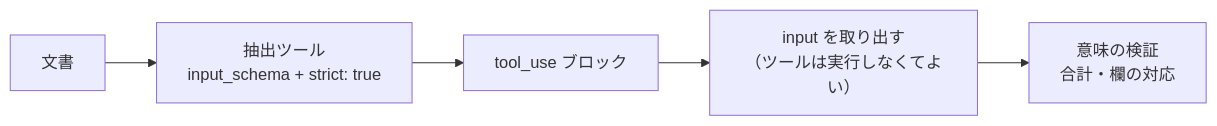
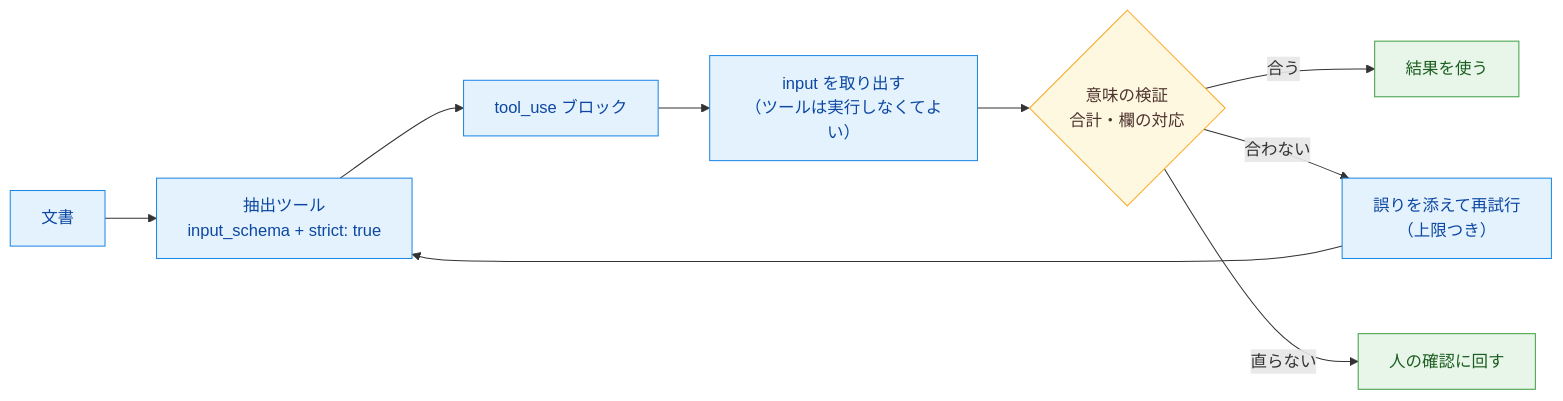
Before and after one commit to yuya-take/yuya-exam-notes: the diagram in ccaf/notes/04-prompt-engineering/tool-use-json-schema.md, drawn with Mermaid. The commit also changed other lines of this file and 50 other files, not shown here.

````diff
--- a/ccaf/notes/04-prompt-engineering/tool-use-json-schema.md
+++ b/ccaf/notes/04-prompt-engineering/tool-use-json-schema.md
@@ -12,7 +12,17 @@
 ```mermaid
 flowchart LR
   A[文書] --> B["抽出ツール<br/>input_schema + strict: true"]
   B --> C[tool_use ブロック]
   C --> D["input を取り出す<br/>（ツールは実行しなくてよい）"]
-  D --> E[意味の検証<br/>合計・欄の対応]
+  D --> E{"意味の検証<br/>合計・欄の対応"}
+  E -- 合う --> F[結果を使う]
+  E -- 合わない --> G["誤りを添えて再試行<br/>（上限つき）"]
+  G --> B
+  E -- 直らない --> H[人の確認に回す]
+  classDef run fill:#e3f2fd,stroke:#1e88e5,color:#0d47a1
+  classDef judge fill:#fff8e1,stroke:#f9a825,color:#4e342e
+  classDef done fill:#e8f5e9,stroke:#43a047,color:#1b5e20
+  class A,B,C,D,G run
+  class E judge
+  class F,H done
 ```
````
